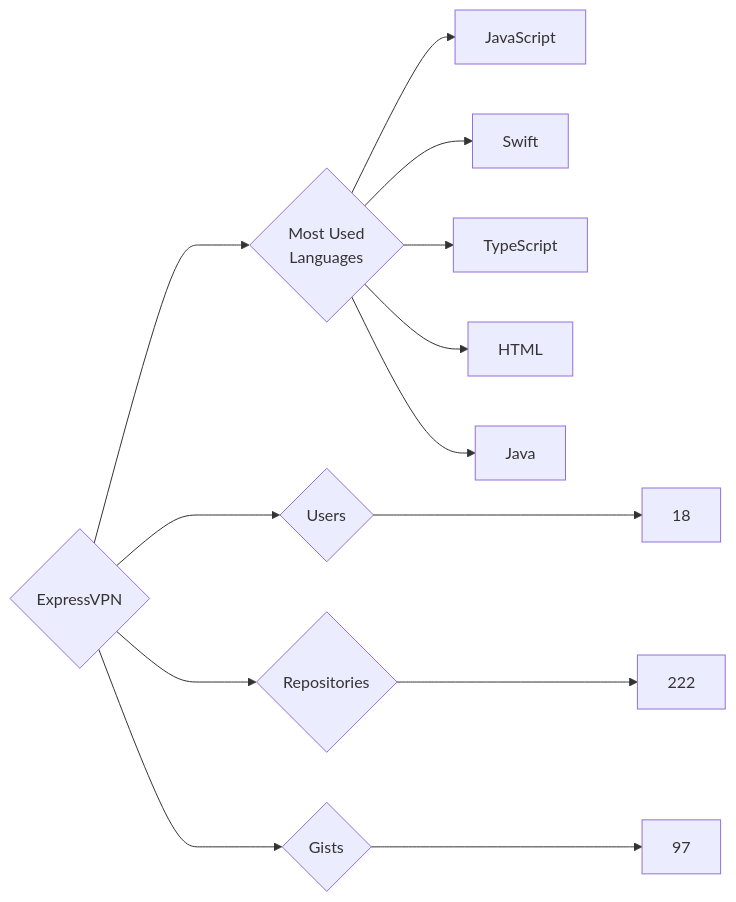
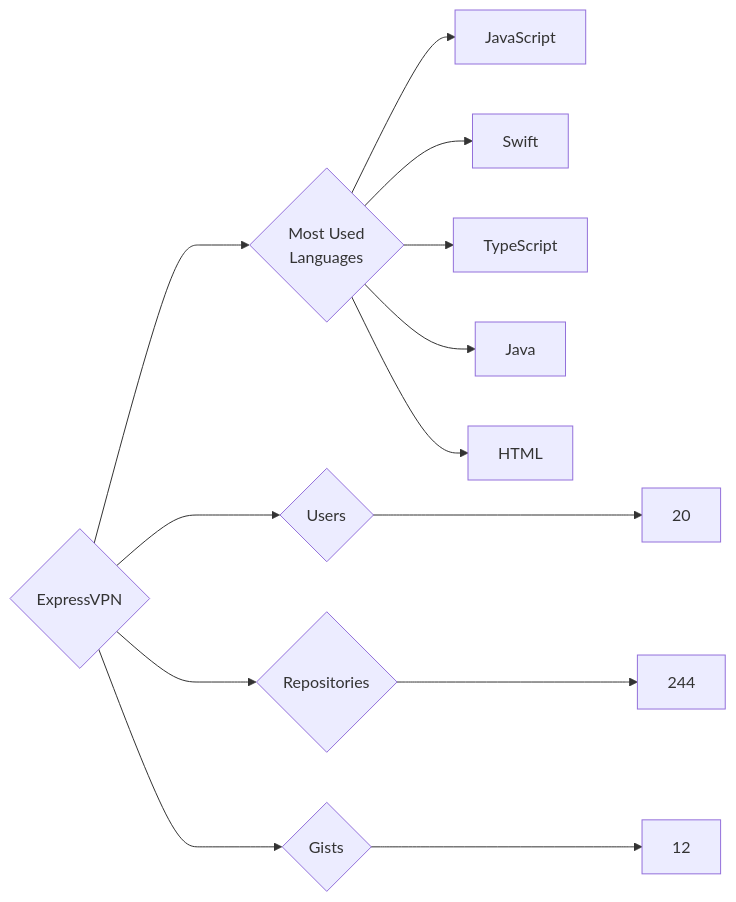
Before and after one commit to trickest/insiders: the diagram in targets/ExpressVPN/README.md, drawn with Mermaid. The commit also changed 682 other files, not shown here.

````diff
--- a/targets/ExpressVPN/README.md
+++ b/targets/ExpressVPN/README.md
@@ -3,13 +3,13 @@
 ```mermaid
 graph LR
 COMPANY_NAME{ExpressVPN}
-COMPANY_NAME ---> U{Users} ---> UN[18]
-COMPANY_NAME ---> R{Repositories} ---> RN[222]
-COMPANY_NAME ---> G{Gists} ---> GN[97]
+COMPANY_NAME ---> U{Users} ---> UN[20]
+COMPANY_NAME ---> R{Repositories} ---> RN[244]
+COMPANY_NAME ---> G{Gists} ---> GN[12]
 COMPANY_NAME ---> ML{Most Used<br>Languages}
 ML --> JavaScript[JavaScript]
 ML --> Swift[Swift]
 ML --> TypeScript[TypeScript]
+ML --> Java[Java]
 ML --> HTML[HTML]
-ML --> Java[Java]
 ```
````
